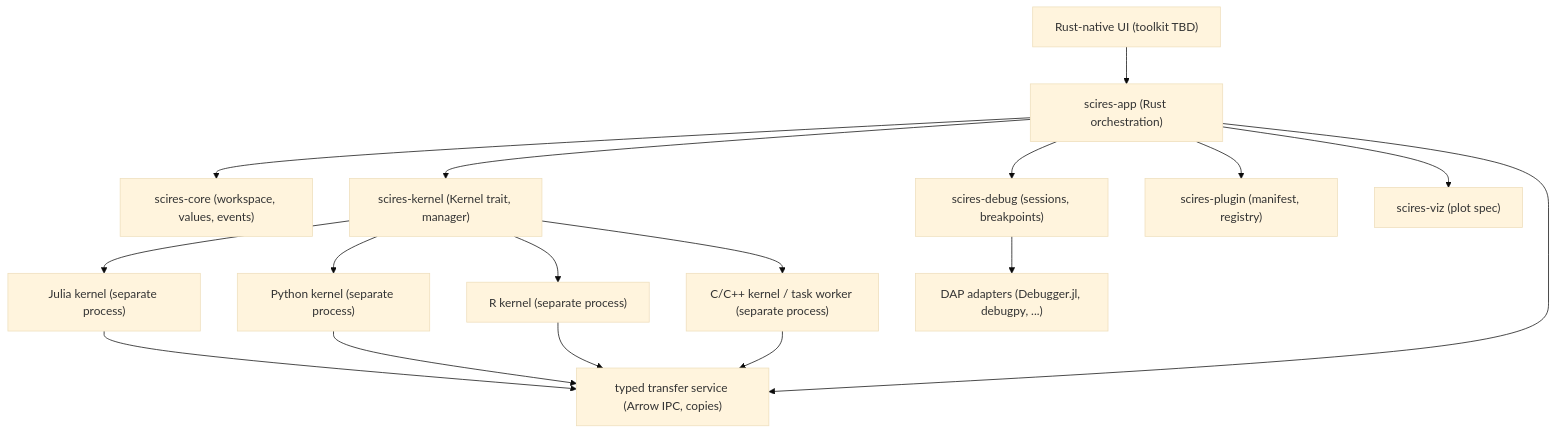
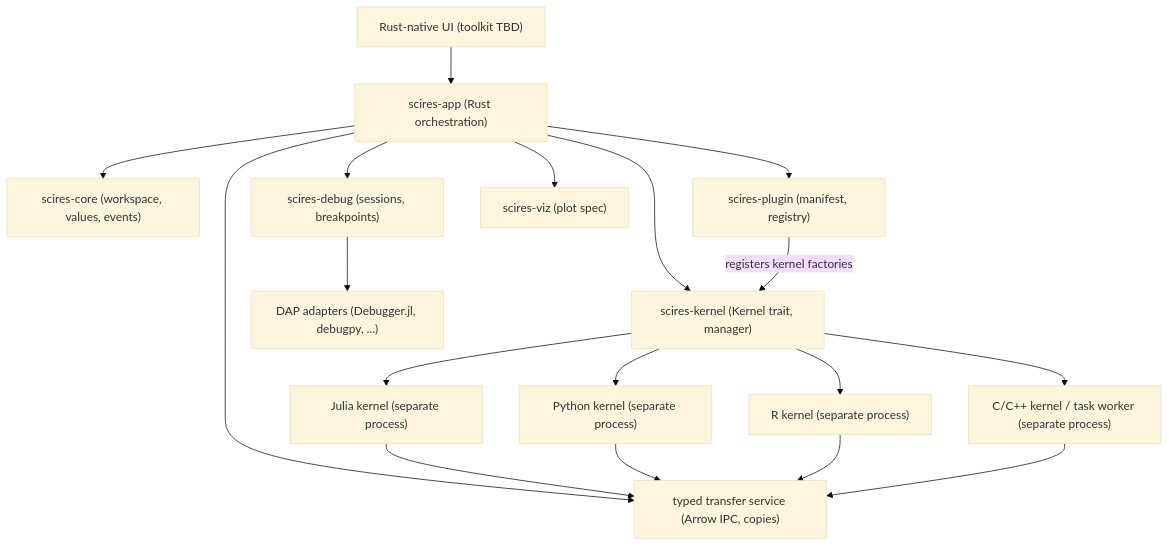
The first of 2 diagrams in docs/ARCHITECTURE.md (Augusto-Dantas/Scires), drawn with Mermaid (base theme) before and after one commit. The commit also changed other lines of this file and 8 other files, not shown here.

Commit message:
docs: expand architecture and add UI/UX specification

````diff
--- a/docs/ARCHITECTURE.md
+++ b/docs/ARCHITECTURE.md
@@ -21,19 +25,20 @@
 ```mermaid
 flowchart TD
     UI["Rust-native UI (toolkit TBD)"] --> APP["scires-app (Rust orchestration)"]
     APP --> CORE["scires-core (workspace, values, events)"]
     APP --> KER["scires-kernel (Kernel trait, manager)"]
     APP --> DBG["scires-debug (sessions, breakpoints)"]
     APP --> PLG["scires-plugin (manifest, registry)"]
     APP --> VIZ["scires-viz (plot spec)"]
+    PLG -->|"registers kernel factories"| KER
     APP --> XFER["typed transfer service (Arrow IPC, copies)"]
     KER --> JL["Julia kernel (separate process)"]
     KER --> PY["Python kernel (separate process)"]
     KER --> R["R kernel (separate process)"]
     KER --> CC["C/C++ kernel / task worker (separate process)"]
     JL --> XFER
     PY --> XFER
     R --> XFER
     CC --> XFER
     DBG --> DAP["DAP adapters (Debugger.jl, debugpy, ...)"]
 ```
````
